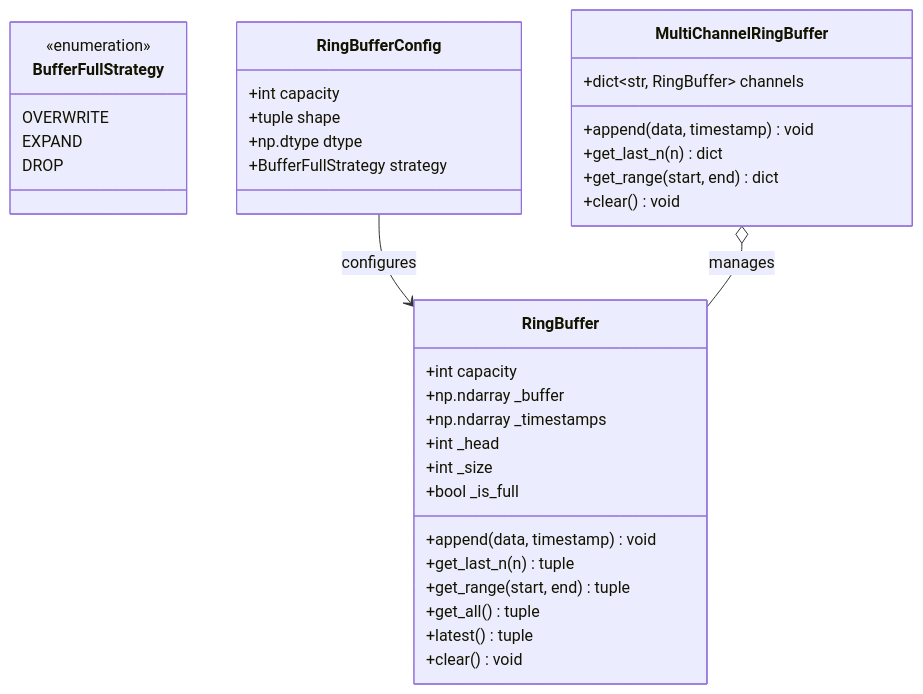
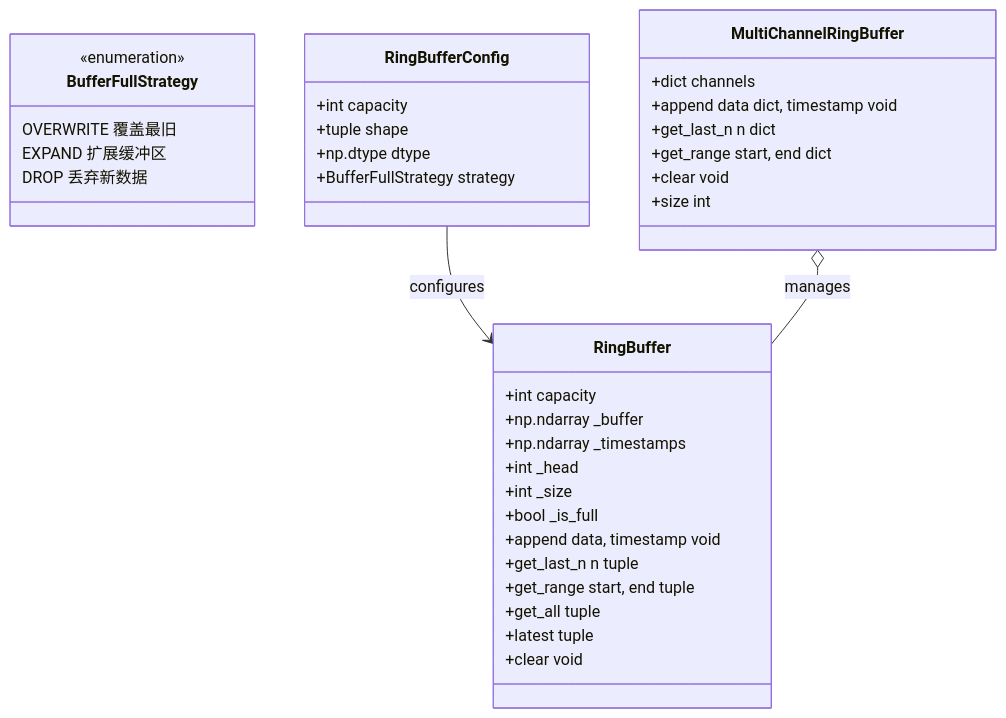
Before and after one commit to yongqingzs/legged_docs: the fifth of 17 diagrams in robot-agents/rosclaw/ANALYSIS.md, drawn with Mermaid. The commit also changed other lines of this file and 2 other files, not shown here.

````diff
--- a/robot-agents/rosclaw/ANALYSIS.md
+++ b/robot-agents/rosclaw/ANALYSIS.md
@@ -135,42 +289,43 @@
 ```mermaid
 classDiagram
     class BufferFullStrategy {
         <<enumeration>>
-        OVERWRITE
-        EXPAND
-        DROP
+        OVERWRITE 覆盖最旧
+        EXPAND 扩展缓冲区
+        DROP 丢弃新数据
     }
 
     class RingBufferConfig {
         +int capacity
         +tuple shape
         +np.dtype dtype
         +BufferFullStrategy strategy
     }
 
     class RingBuffer {
         +int capacity
         +np.ndarray _buffer
         +np.ndarray _timestamps
         +int _head
         +int _size
         +bool _is_full
-        +append(data, timestamp) void
-        +get_last_n(n) tuple
-        +get_range(start, end) tuple
-        +get_all() tuple
-        +latest() tuple
-        +clear() void
+        +append data, timestamp void
+        +get_last_n n tuple
+        +get_range start, end tuple
+        +get_all tuple
+        +latest tuple
+        +clear void
     }
 
     class MultiChannelRingBuffer {
-        +dict~str, RingBuffer~ channels
-        +append(data, timestamp) void
-        +get_last_n(n) dict
-        +get_range(start, end) dict
-        +clear() void
+        +dict channels
+        +append data dict, timestamp void
+        +get_last_n n dict
+        +get_range start, end dict
+        +clear void
+        +size int
     }
 
     RingBufferConfig --> RingBuffer : configures
     MultiChannelRingBuffer o-- RingBuffer : manages
 ```
````
